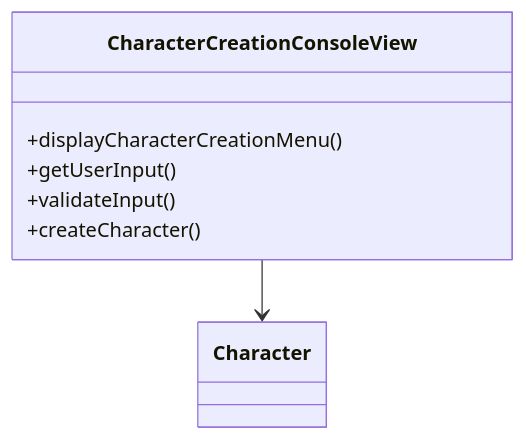
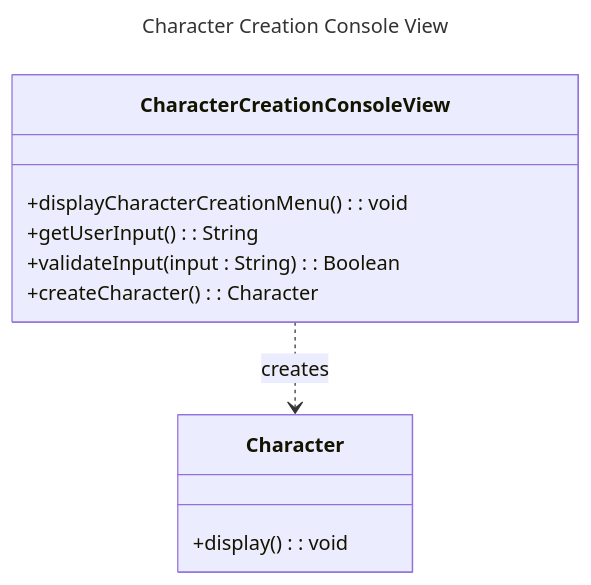
One commit to pacalso-jjc/2425-2nd-cc3-1e-rpg changed the diagram in wiki/Class-Diagram---CharacterCreationConsoleView.md. Above: the diagram before and after it, drawn with Mermaid.

Commit message:
Update Class-Diagram---CharacterCreationConsoleView.md
removed inheritance and used a dependency (denoted by the dotted arrow with an open arrowhead: ..>) to show that it will create or work with a Character instance.

````diff
--- a/wiki/Class-Diagram---CharacterCreationConsoleView.md
+++ b/wiki/Class-Diagram---CharacterCreationConsoleView.md
@@ -1,14 +1,19 @@
 ```mermaid
 ---
-Title: Character Creation Console View
+title: Character Creation Console View
 ---
 classDiagram
     class CharacterCreationConsoleView {
-        +displayCharacterCreationMenu()
-        +getUserInput()
-        +validateInput()
-        +createCharacter()
+        +displayCharacterCreationMenu() : void
+        +getUserInput() : String
+        +validateInput(input : String) : Boolean
+        +createCharacter() : Character
     }
     
-    CharacterCreationConsoleView --> Character
+    class Character {
+        +display() : void
+    }
+    
+    CharacterCreationConsoleView ..> Character : creates
+
 ```
````
